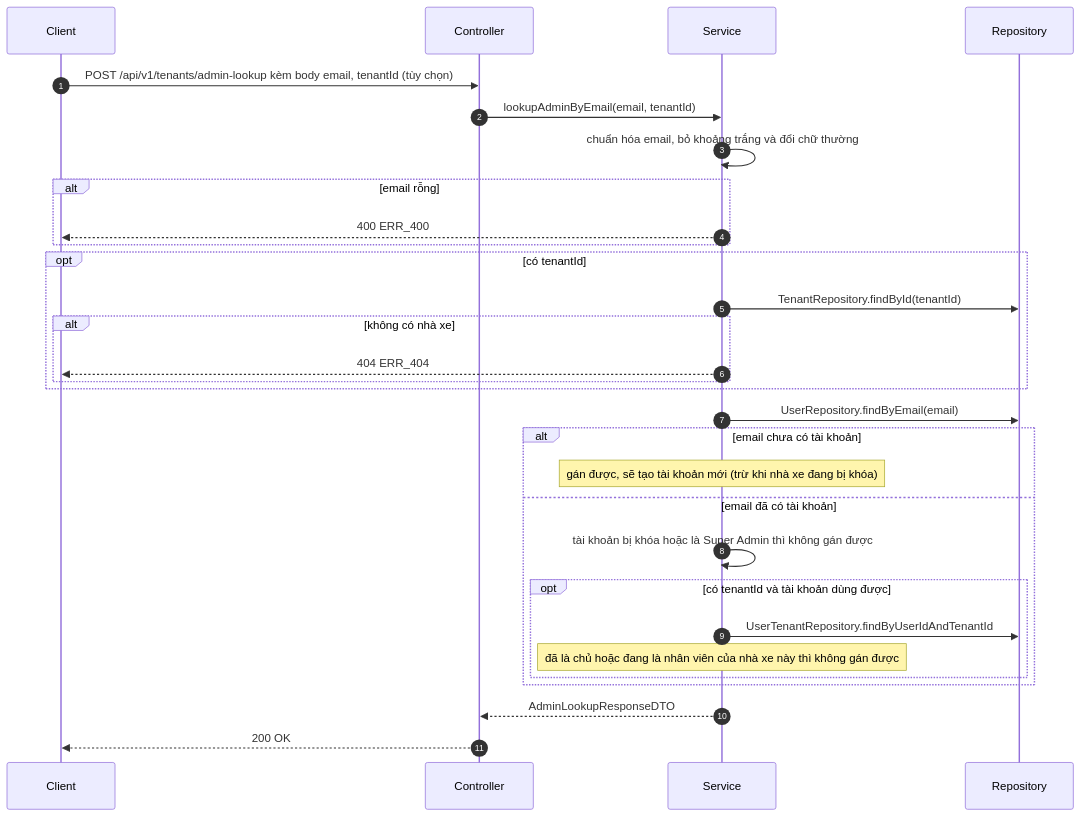
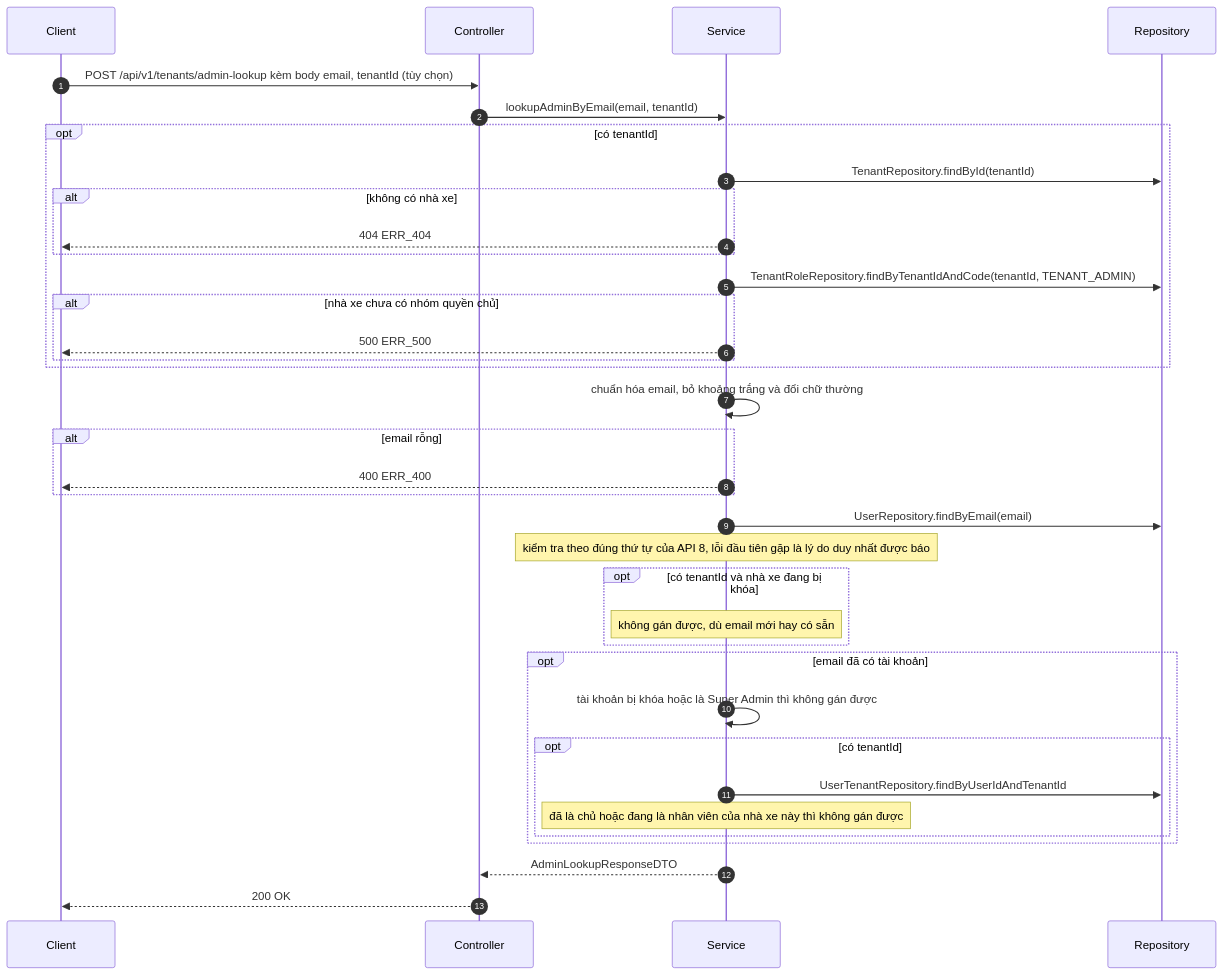
Before and after one commit to foodboi88/car-rental-saas: diagram 11 of 11 in docs/plans/tenant/2026-10-19-tenant-api-spec.md, drawn with Mermaid. The commit also changed other lines of this file and 2 other files, not shown here.

Commit message:
feature/huynq7-frontend: cập nhật tài liệu theo bản làm gọn và lỗi 500 của API tra cứu
- Api-spec: sơ đồ API 9 đúng thứ tự chạy, thêm lỗi 500 khi nhà xe thiếu nhóm quyền chủ
- Api-spec và plan tenant: đổi prepareOne thành prepareAll
- Plan frontend: cập nhật số test backend

````diff
--- a/docs/plans/tenant/2026-10-19-tenant-api-spec.md
+++ b/docs/plans/tenant/2026-10-19-tenant-api-spec.md
@@ -673,32 +673,38 @@
 ```mermaid
 sequenceDiagram
   autonumber
   participant C as Client
   participant K as Controller
   participant S as Service
   participant R as Repository
   C->>K: POST /api/v1/tenants/admin-lookup kèm body email, tenantId (tùy chọn)
   K->>S: lookupAdminByEmail(email, tenantId)
-  S->>S: chuẩn hóa email, bỏ khoảng trắng và đổi chữ thường
-  alt email rỗng
-    S-->>C: 400 ERR_400
-  end
   opt có tenantId
     S->>R: TenantRepository.findById(tenantId)
     alt không có nhà xe
       S-->>C: 404 ERR_404
     end
+    S->>R: TenantRoleRepository.findByTenantIdAndCode(tenantId, TENANT_ADMIN)
+    alt nhà xe chưa có nhóm quyền chủ
+      S-->>C: 500 ERR_500
+    end
+  end
+  S->>S: chuẩn hóa email, bỏ khoảng trắng và đổi chữ thường
+  alt email rỗng
+    S-->>C: 400 ERR_400
   end
   S->>R: UserRepository.findByEmail(email)
-  alt email chưa có tài khoản
-    Note over S: gán được, sẽ tạo tài khoản mới (trừ khi nhà xe đang bị khóa)
-  else email đã có tài khoản
+  Note over S: kiểm tra theo đúng thứ tự của API 8, lỗi đầu tiên gặp là lý do duy nhất được báo
+  opt có tenantId và nhà xe đang bị khóa
+    Note over S: không gán được, dù email mới hay có sẵn
+  end
+  opt email đã có tài khoản
     S->>S: tài khoản bị khóa hoặc là Super Admin thì không gán được
-    opt có tenantId và tài khoản dùng được
+    opt có tenantId
       S->>R: UserTenantRepository.findByUserIdAndTenantId
       Note over S: đã là chủ hoặc đang là nhân viên của nhà xe này thì không gán được
     end
   end
   S-->>K: AdminLookupResponseDTO
   K-->>C: 200 OK
 ```
````
